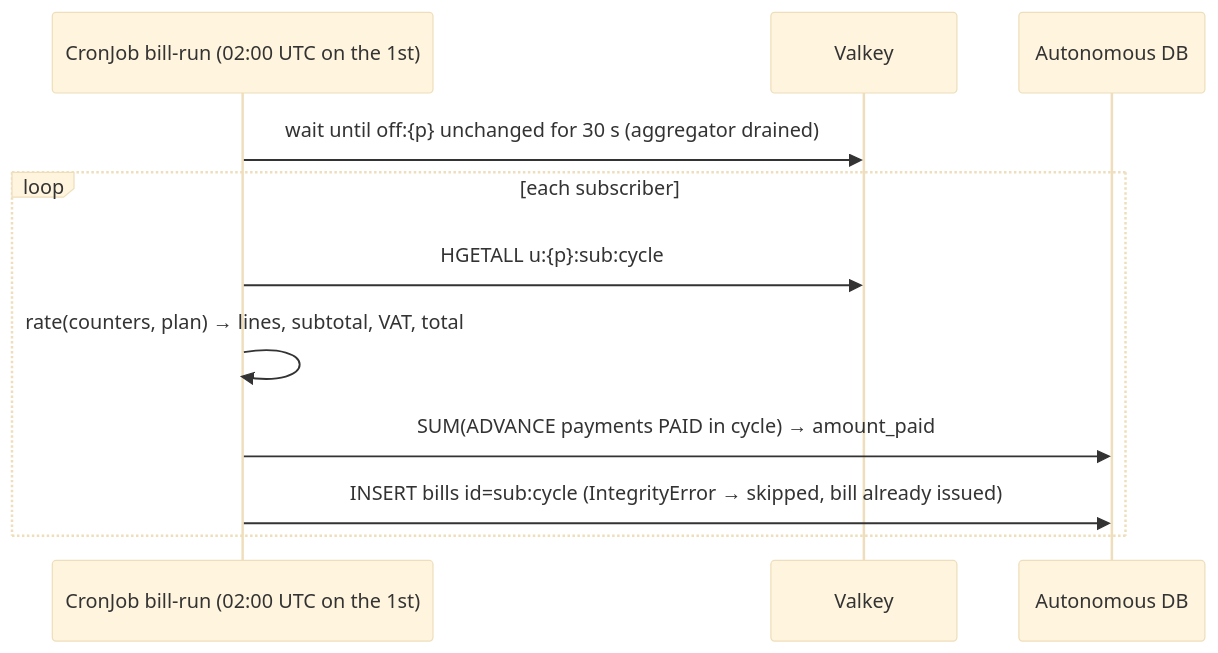
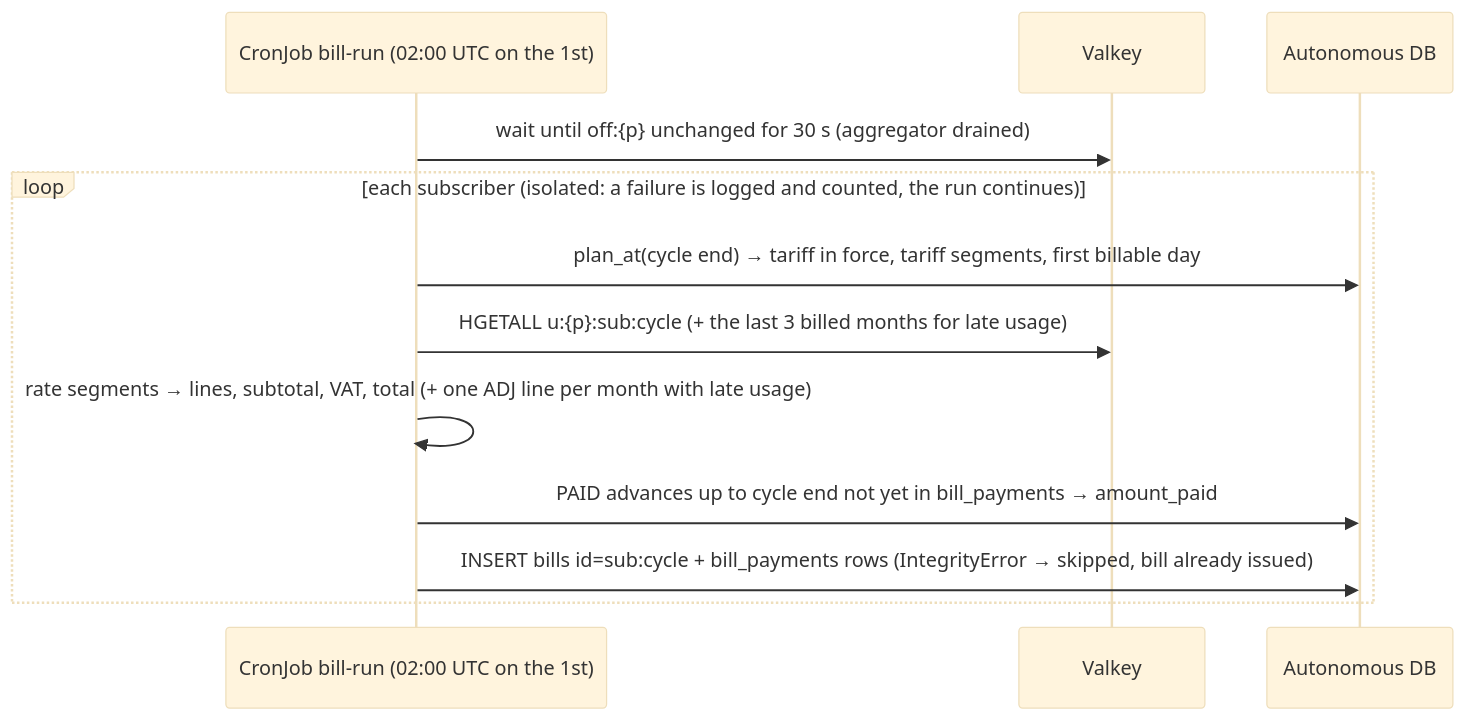
The fifth of 8 diagrams in docs/HLD.md (prateekladha/dt-selfcare), drawn with Mermaid (base theme) before and after one commit. The commit also changed other lines of this file and 7 other files, not shown here.

First line of the commit message:
docs: match the code after the bug-bash (payments flow, assistant, pipeline, billing, orders, notifier, security gaps)

````diff
--- a/docs/HLD.md
+++ b/docs/HLD.md
@@ -187,13 +188,14 @@
 ```mermaid
 sequenceDiagram
   participant K as CronJob bill-run (02:00 UTC on the 1st)
   participant V as Valkey
   participant DB as Autonomous DB
   K->>V: wait until off:{p} unchanged for 30 s (aggregator drained)
-  loop each subscriber
-    K->>V: HGETALL u:{p}:sub:cycle
-    K->>K: rate(counters, plan) → lines, subtotal, VAT, total
-    K->>DB: SUM(ADVANCE payments PAID in cycle) → amount_paid
-    K->>DB: INSERT bills id=sub:cycle (IntegrityError → skipped, bill already issued)
+  loop each subscriber (isolated: a failure is logged and counted, the run continues)
+    K->>DB: plan_at(cycle end) → tariff in force, tariff segments, first billable day
+    K->>V: HGETALL u:{p}:sub:cycle (+ the last 3 billed months for late usage)
+    K->>K: rate segments → lines, subtotal, VAT, total (+ one ADJ line per month with late usage)
+    K->>DB: PAID advances up to cycle end not yet in bill_payments → amount_paid
+    K->>DB: INSERT bills id=sub:cycle + bill_payments rows (IntegrityError → skipped, bill already issued)
   end
 ```
````
